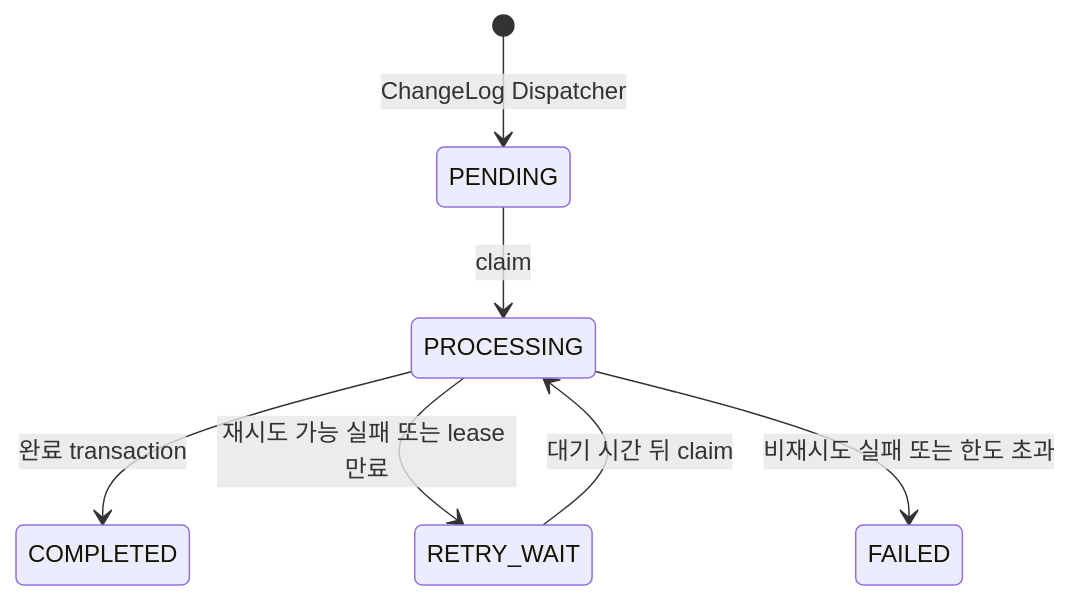
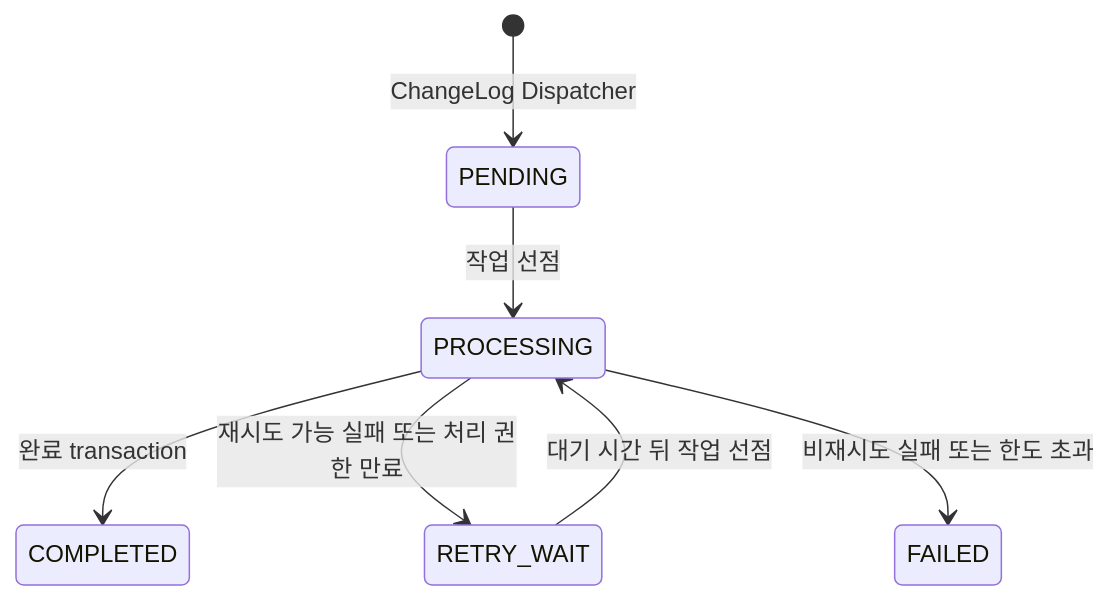
Before and after one commit to jaemin-devlog/PRIZM: the eighth of 8 diagrams in docs/architecture.md, drawn with Mermaid. The commit also changed other lines of this file and 10 other files, not shown here.

````diff
--- a/docs/architecture.md
+++ b/docs/architecture.md
@@ -456,9 +458,9 @@
 ```mermaid
 stateDiagram-v2
     [*] --> PENDING: ChangeLog Dispatcher
-    PENDING --> PROCESSING: claim
+    PENDING --> PROCESSING: 작업 선점
     PROCESSING --> COMPLETED: 완료 transaction
-    PROCESSING --> RETRY_WAIT: 재시도 가능 실패 또는 lease 만료
-    RETRY_WAIT --> PROCESSING: 대기 시간 뒤 claim
+    PROCESSING --> RETRY_WAIT: 재시도 가능 실패 또는 처리 권한 만료
+    RETRY_WAIT --> PROCESSING: 대기 시간 뒤 작업 선점
     PROCESSING --> FAILED: 비재시도 실패 또는 한도 초과
 ```
````
